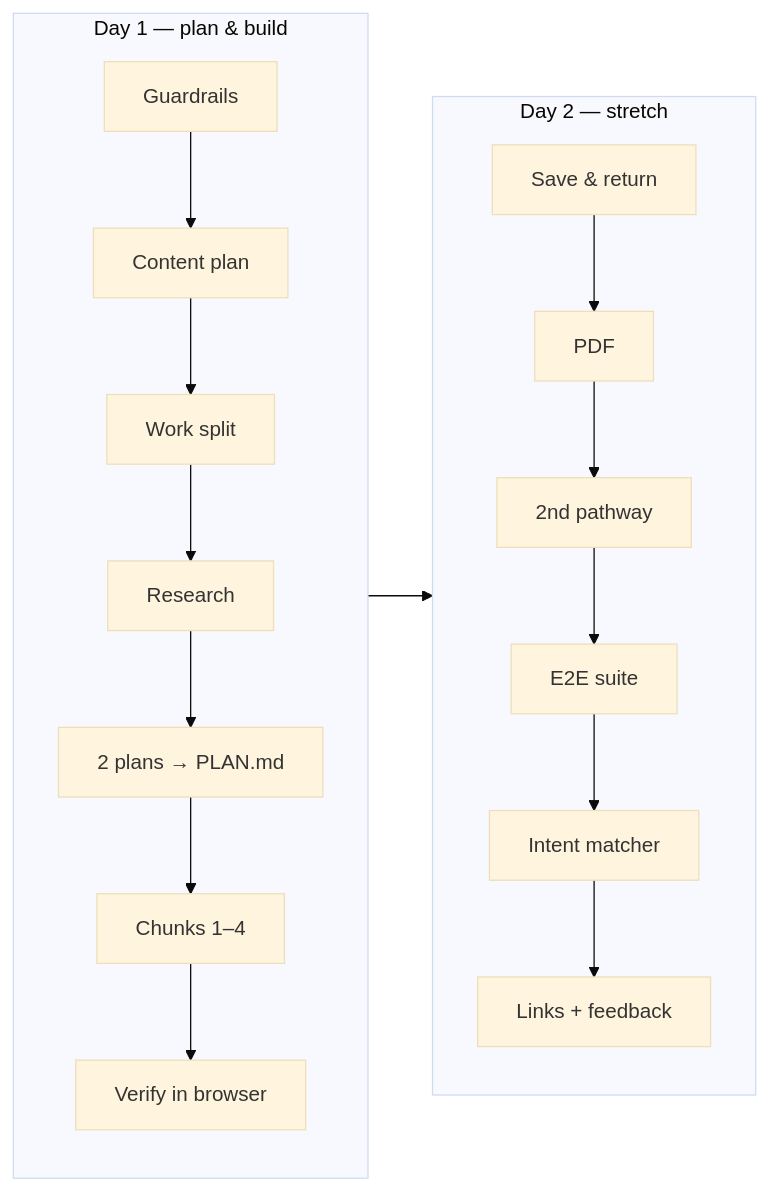
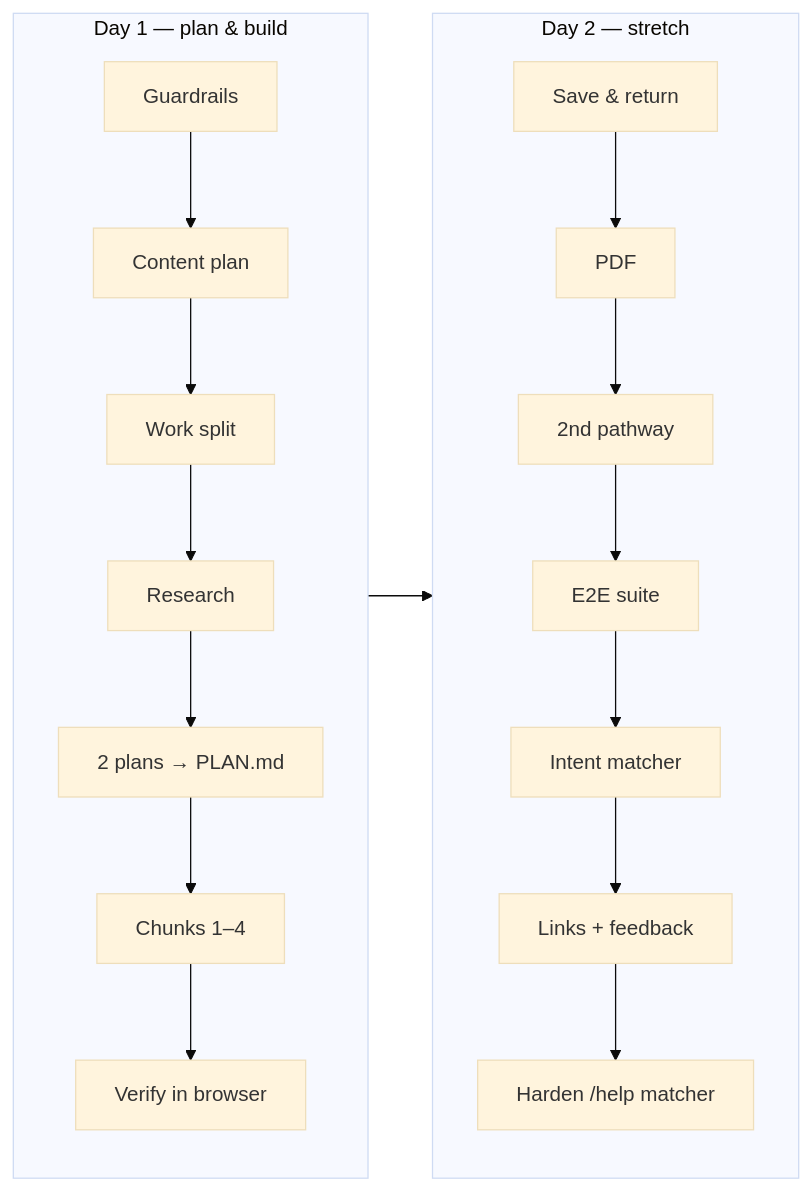
Diagram 12 of 12 in wk03/presentation/hackathon-process-deck.md (JackSwerdlow/ai-accelerator-hackathons), drawn with Mermaid (base theme) before and after one commit. The commit also changed 1 other file, not shown here.

Commit message:
[Agent-Dale] Incorporate Day-2 /help matcher hardening (rebased on new main)
Rebased docs/hackathon-deck onto origin/main (Prompts 22–25 + max-similarity
matching) and reflected the new Day-2 afternoon work, all refinement of the
already-shipped semantic /help stretch goal:
- timeline.html: extended the Day-2 panel to 10:00–14:00 (was 12:10); added the
  "Harden /help matcher" milestone (proxy load · 12-agent catalogue · max-sim)
  and merged "Links, feedback + result links"; the cumulative-tests curve now
  plateaus across the afternoon (quality work, not new tests), with the note
- hackathon-process-deck.md: timeline slide Day-2 chain gains "Harden /help matcher"
- Rebuilt all artifacts: deck 22pp, one-pager, timeline.pdf + timeline.png

````diff
--- a/wk03/presentation/hackathon-process-deck.md
+++ b/wk03/presentation/hackathon-process-deck.md
@@ -436,13 +436,13 @@
 ```mermaid
 flowchart LR
   subgraph Day1[Day 1 — plan & build]
     direction TB
     G1[Guardrails] --> P1[Content plan] --> W1[Work split] --> RS[Research]
     RS --> PL[2 plans → PLAN.md] --> CH[Chunks 1–4] --> V[Verify in browser]
   end
   subgraph Day2[Day 2 — stretch]
     direction TB
-    ST1[Save & return] --> ST2[PDF] --> ST3[2nd pathway] --> ST4[E2E suite] --> ST5[Intent matcher] --> ST6[Links + feedback]
+    ST1[Save & return] --> ST2[PDF] --> ST3[2nd pathway] --> ST4[E2E suite] --> ST5[Intent matcher] --> ST6[Links + feedback] --> ST7[Harden /help matcher]
   end
   Day1 --> Day2
 ```
````
